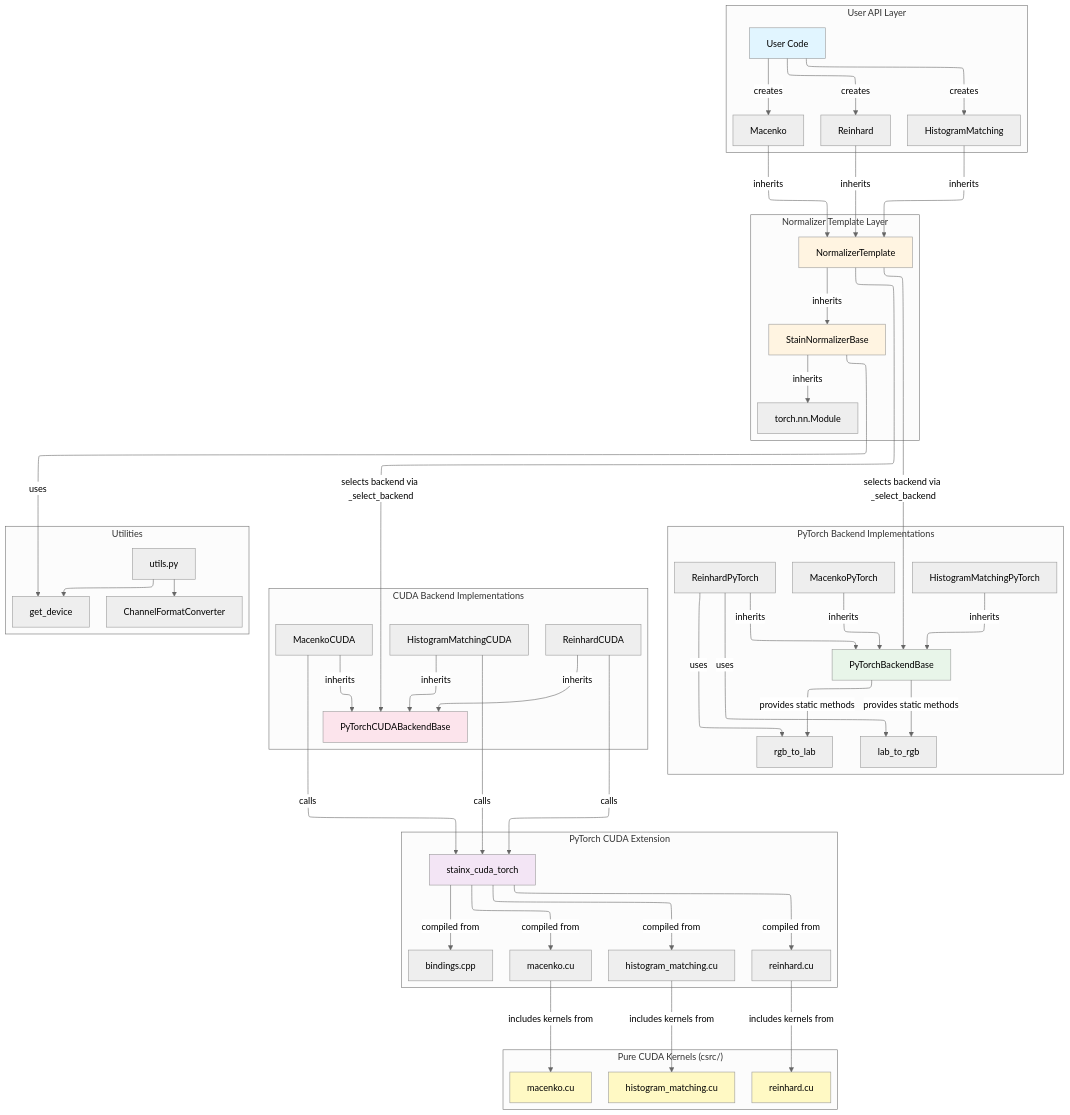
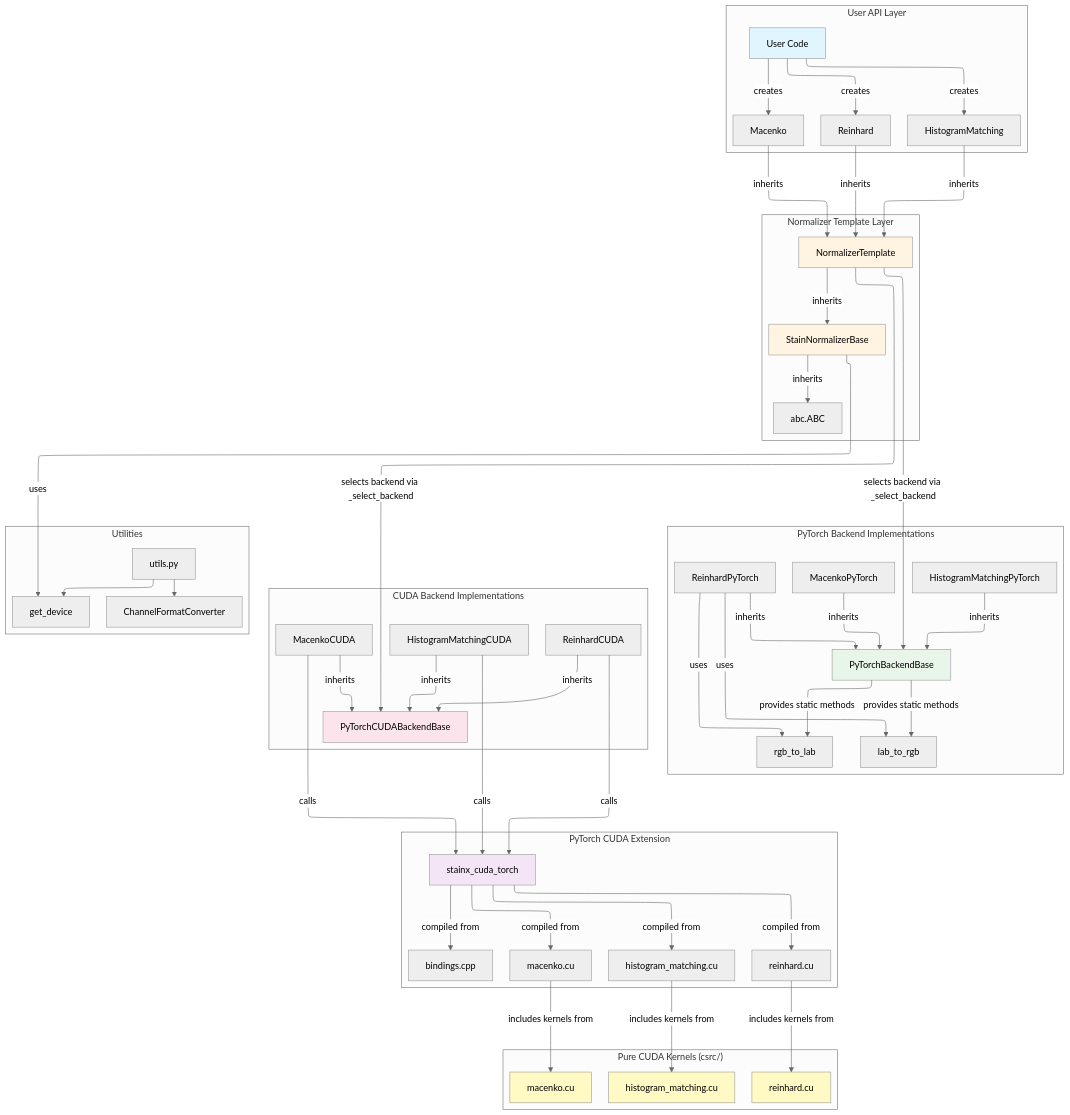
One commit to rendeirolab/stainx changed the diagram in CONTRIBUTING.md. Above: the diagram before and after it, drawn with Mermaid (neutral theme). The commit also changed other lines of this file and 3 other files, not shown here.

```diff
--- a/CONTRIBUTING.md
+++ b/CONTRIBUTING.md
@@ -19,7 +19,7 @@
  subgraph subGraph1["Normalizer Template Layer"]
         NT["NormalizerTemplate"]
         SNB["StainNormalizerBase"]
-        nn.Module["torch.nn.Module"]
+        ABC["abc.ABC"]
   end
  subgraph subGraph4["PyTorch Backend Implementations"]
         PTBB["PyTorchBackendBase"]
@@ -53,7 +53,7 @@
         CFC["ChannelFormatConverter"]
   end
     NT -- inherits --> SNB
-    SNB -- inherits --> nn.Module
+    SNB -- inherits --> ABC
     HM -- inherits --> NT
     RE -- inherits --> NT
     MA -- inherits --> NT
```
